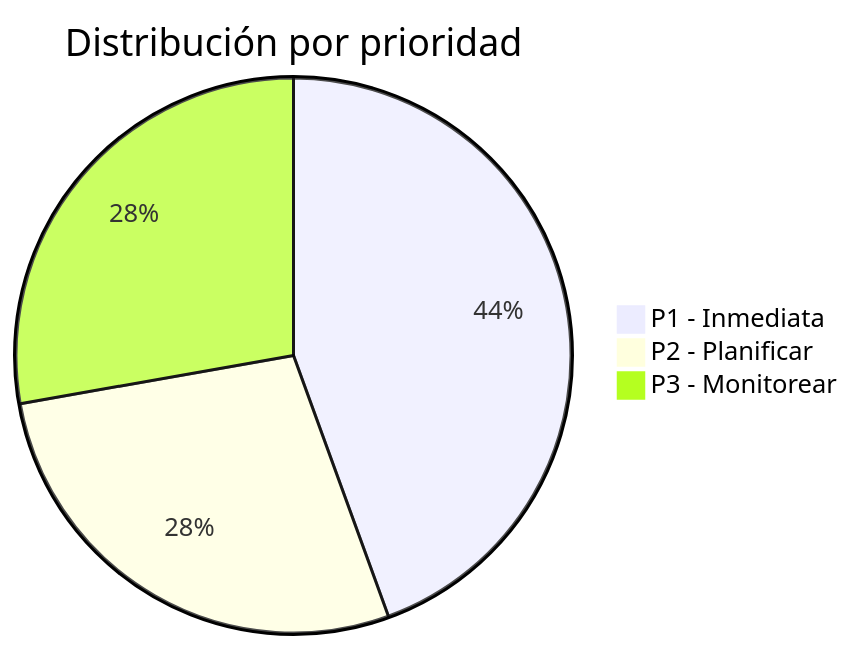
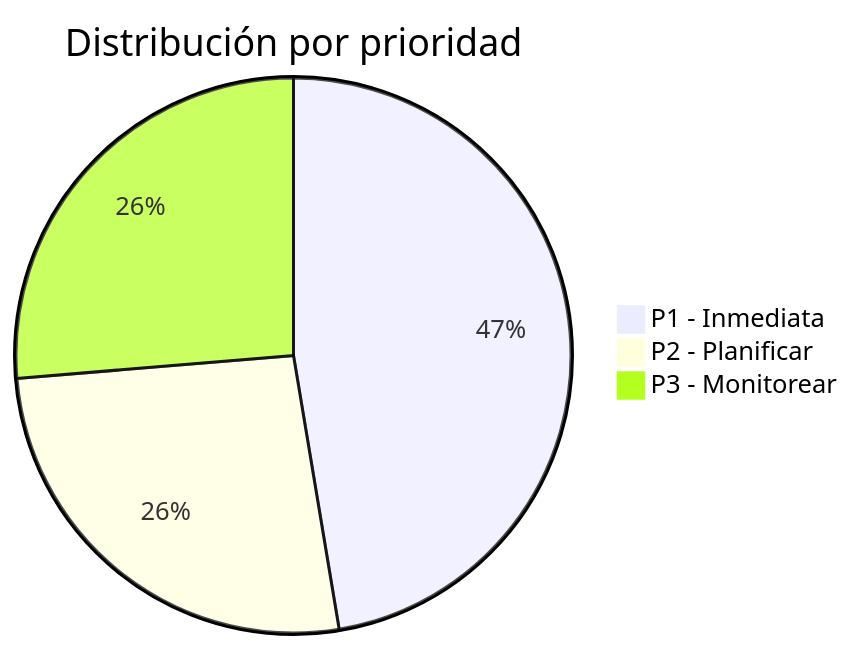
Before and after one commit to harrysxavio/opencode-architecture: the second of 2 diagrams in docs/opencode-architecture/09-risk-register.md, drawn with Mermaid. The commit also changed other lines of this file and 6 other files, not shown here.

````diff
--- a/docs/opencode-architecture/09-risk-register.md
+++ b/docs/opencode-architecture/09-risk-register.md
@@ -73,6 +75,6 @@
 ```mermaid
 pie title Distribución por prioridad
-    "P1 - Inmediata" : 8
+    "P1 - Inmediata" : 9
     "P2 - Planificar" : 5
     "P3 - Monitorear" : 5
 ```
````
